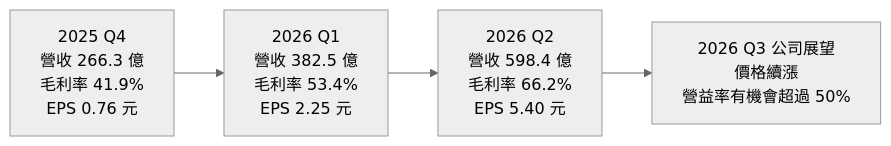
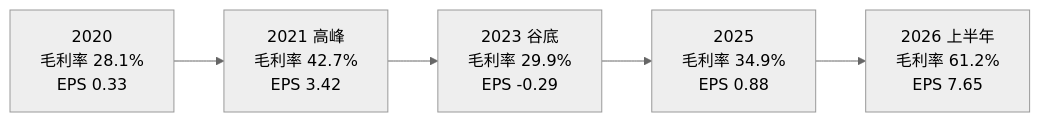
Before and after one commit to wangnick1004/taiwan-stock-vault: the third of 4 diagrams in 個股/台股/2344華邦電.md, drawn with Mermaid (neutral theme). The commit also changed other lines of this file and 19 other files, not shown here.

````diff
--- a/個股/台股/2344華邦電.md
+++ b/個股/台股/2344華邦電.md
@@ -141,4 +146,4 @@
 ```mermaid
 flowchart LR
-    Q4["2025 Q4<br/>營收 266.3 億<br/>毛利率 41.9%<br/>EPS 0.76 元"] --> Q1["2026 Q1<br/>營收 382.5 億<br/>毛利率 53.4%<br/>EPS 2.25 元"] --> Q2["2026 Q2<br/>營收 598.4 億<br/>毛利率 66.2%<br/>EPS 5.40 元"] --> Q3["2026 Q3 公司展望<br/>價格續漲<br/>營益率有機會超過 50%"]
+    Y20["2020<br/>毛利率 28.1%<br/>EPS 0.33"] --> Y21["2021 高峰<br/>毛利率 42.7%<br/>EPS 3.42"] --> Y23["2023 谷底<br/>毛利率 29.9%<br/>EPS -0.29"] --> Y25["2025<br/>毛利率 34.9%<br/>EPS 0.88"] --> H26["2026 上半年<br/>毛利率 61.2%<br/>EPS 7.65"]
 ```
````
